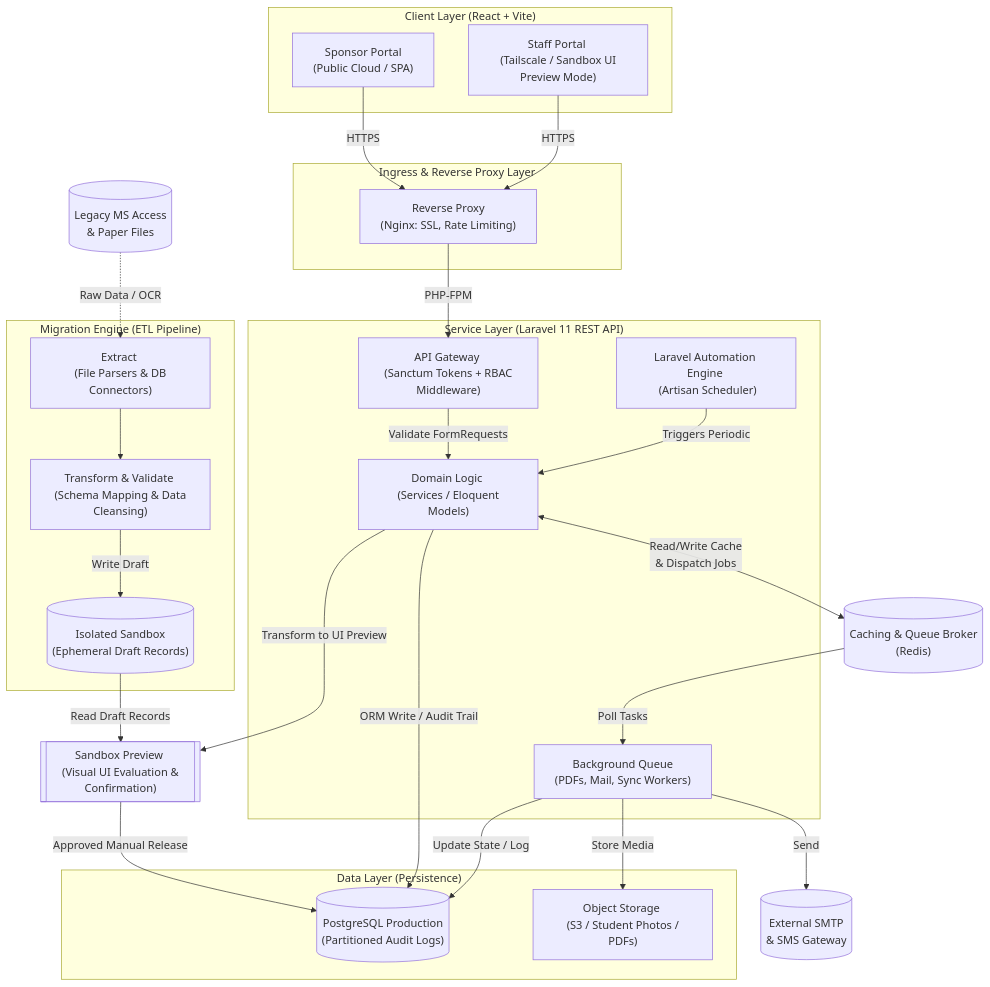
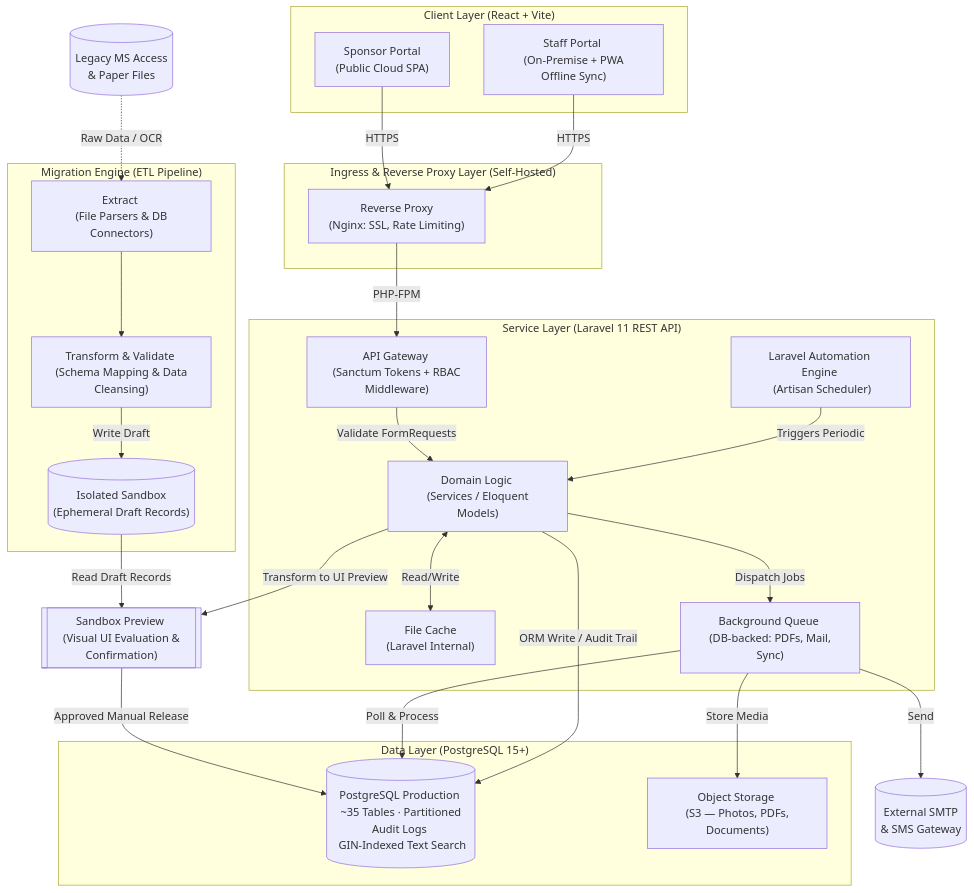
The diagram in technical/Architecture.mmd (TainYanTun/BHSMS-Architectural-Blueprint), drawn with Mermaid before and after one commit. The commit also changed 4 other files, not shown here.

First line of the commit message:
Update architecture, RBAC, schema, and add RBAC_LOGIC.md

```diff
--- a/technical/Architecture.mmd
+++ b/technical/Architecture.mmd
@@ -1,73 +1,79 @@
 graph TD
     %% --- STREAMLINED FRONTEND LAYER ---
     subgraph ClientLayer ["Client Layer (React + Vite)"]
-        SP["Sponsor Portal <br/> (Public Cloud / SPA)"]
-        ST["Staff Portal <br/> (Tailscale / Sandbox UI Preview Mode)"]
+        SP["Sponsor Portal <br/> (Public Cloud SPA)"]
+        ST["Staff Portal <br/> (On-Premise + PWA Offline Sync)"]
     end
 
     %% --- INFRASTRUCTURE & PROXY ---
-    subgraph RP ["Ingress & Reverse Proxy Layer"]
+    subgraph RP ["Ingress & Reverse Proxy Layer (Self-Hosted)"]
         Proxy["Reverse Proxy <br/> (Nginx: SSL, Rate Limiting)"]
     end
-
-    Cache[("Caching & Queue Broker <br/> (Redis)")]
 
     %% --- CORE APP LAYER ---
     subgraph SL ["Service Layer (Laravel 11 REST API)"]
         Auth["API Gateway <br/> (Sanctum Tokens + RBAC Middleware)"]
         Sched["Laravel Automation Engine <br/> (Artisan Scheduler)"]
         Logic["Domain Logic <br/> (Services / Eloquent Models)"]
-        Jobs["Background Queue <br/> (PDFs, Mail, Sync Workers)"]
+        Cache["File Cache <br/> (Laravel Internal)"]
+        Jobs["Background Queue <br/> (DB-backed: PDFs, Mail, Sync)"]
         
         Auth -->|Validate FormRequests| Logic
         Sched -->|Triggers Periodic| Logic
     end
 
     %% --- MIGRATION PIPELINE (ETL with Gatekeeper) ---
     Legacy[(Legacy MS Access <br/> & Paper Files)]
     
     subgraph ETL ["Migration Engine (ETL Pipeline)"]
         Ext["Extract <br/> (File Parsers & DB Connectors)"]
         Trans["Transform & Validate <br/> (Schema Mapping & Data Cleansing)"]
         Stage[("Isolated Sandbox <br/> (Ephemeral Draft Records)")]
         
         Ext --> Trans
         Trans -->|Write Draft| Stage
     end
 
     %% --- THE GATEKEEPER ---
     Gate[["Sandbox Preview <br/> (Visual UI Evaluation & Confirmation)"]]
 
     %% --- DATA & PERSISTENCE ---
-    subgraph DL ["Data Layer (Persistence)"]
-        DB[("PostgreSQL Production <br/> (Partitioned Audit Logs)")]
-        File["Object Storage <br/> (S3 / Student Photos / PDFs)"]
+    subgraph DL ["Data Layer (PostgreSQL 15+)"]
+        DB[("PostgreSQL Production <br/> ~35 Tables · Partitioned Audit Logs <br/> GIN-Indexed Text Search")]
+        File["Object Storage <br/> (S3 — Photos, PDFs, Documents)"]
     end
 
     %% --- OUTBOUND ---
     ExtS[(External SMTP <br/> & SMS Gateway)]
 
     %% ==========================================
     %% DATA FLOW PIPELINES
     %% ==========================================
     
     %% Ingress Flow
+    %% ── Alternative: add Cloudflare Tunnel + Cloudflare Access (Auth Gate) ──
+    %%   If office is behind CGNAT or remote staff access is needed later:
+    %%   1. Install cloudflared on server (outbound tunnel, no open ports)
+    %%   2. Point staff.banglohope.org to the tunnel
+    %%   3. Enable Cloudflare Access for auth before traffic reaches Nginx
+    %%   Diagram: ST -->|HTTPS + Auth| Access --> Tunnel -->|Private link| Proxy
+    %% ─────────────────────────────────────────────────────────────────────────
     SP & ST -->|HTTPS| Proxy
     Proxy -->|PHP-FPM| Auth
 
     %% Migration / ETL Flow with Gatekeeper
     Legacy -.->|Raw Data / OCR| Ext
-    Stage -->|Read Draft Records | Gate
+    Stage -->|Read Draft Records| Gate
     Gate -->|Approved Manual Release| DB
 
-    %% Caching & Queue Brokerage
-    Logic <-->|Read/Write Cache <br/> & Dispatch Jobs| Cache
-    Cache -->|Poll Tasks| Jobs
+    %% Caching & Queue
+    Logic <-->|Read/Write| Cache
+    Logic -->|Dispatch Jobs| Jobs
+    Jobs -->|Poll & Process| DB
 
     %% Persistence & Outbound Pipelines
     Logic -->|ORM Write / Audit Trail| DB
-    Jobs -->|Update State / Log| DB 
     Jobs -->|Store Media| File 
     Jobs -->|Send| ExtS
 
     Logic -->|Transform to UI Preview| Gate
```
